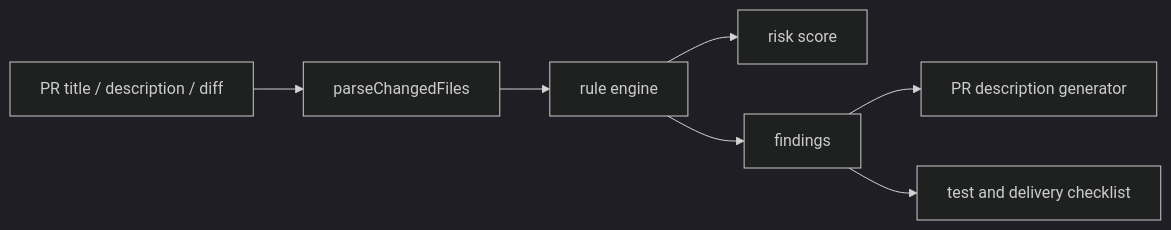
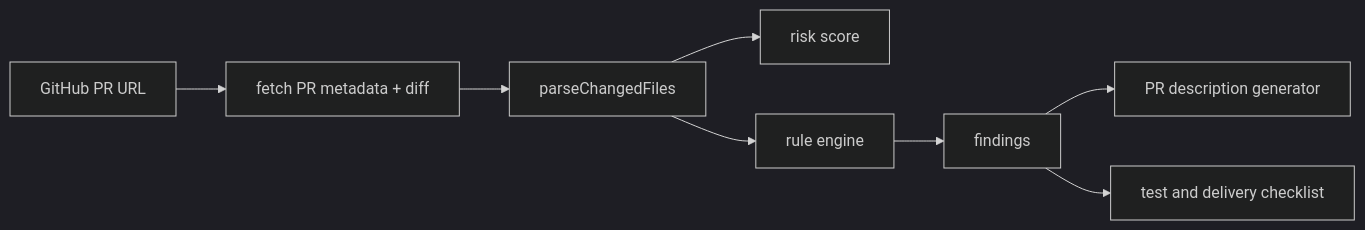
Before and after one commit to the-shy123456/AI-RP-REVIEW: the diagram in docs/ARCHITECTURE.md, drawn with Mermaid (dark theme). The commit also changed other lines of this file and 22 other files, not shown here.

Commit message:
feat: analyze GitHub pull request links

````diff
--- a/docs/ARCHITECTURE.md
+++ b/docs/ARCHITECTURE.md
@@ -11,9 +12,10 @@
 ```mermaid
 flowchart LR
-  A["PR title / description / diff"] --> B["parseChangedFiles"]
-  B --> C["rule engine"]
+  A["GitHub PR URL"] --> B["fetch PR metadata + diff"]
+  B --> C["parseChangedFiles"]
   C --> D["risk score"]
-  C --> E["findings"]
-  E --> F["PR description generator"]
-  E --> G["test and delivery checklist"]
+  C --> E["rule engine"]
+  E --> F["findings"]
+  F --> G["PR description generator"]
+  F --> H["test and delivery checklist"]
 ```
````
